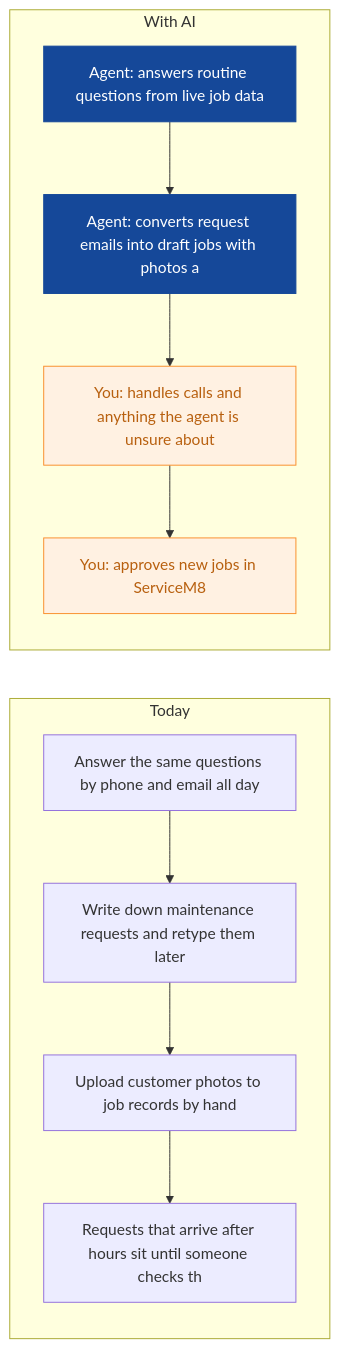
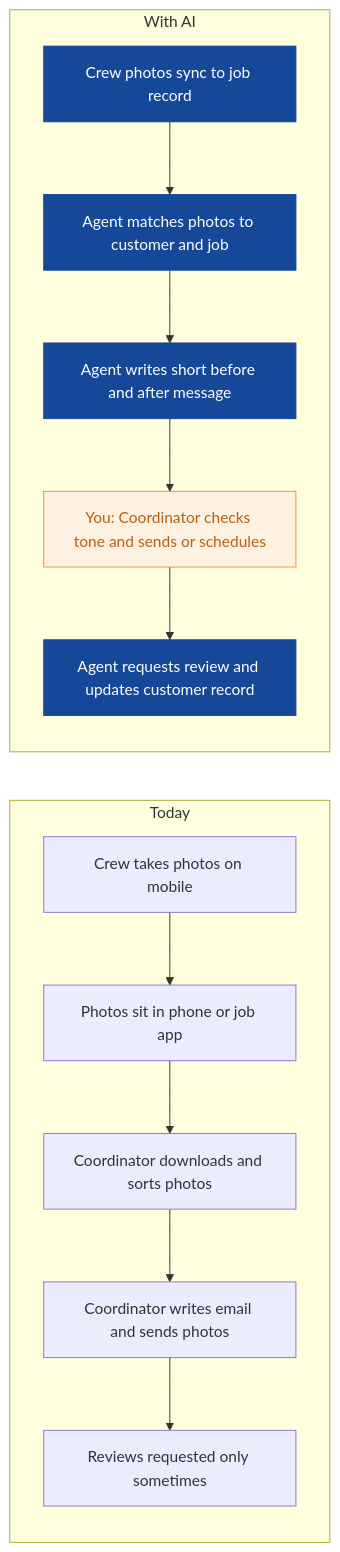
Before and after one commit to nexibeo/Complete-AI-Strategy: the third of 8 diagrams in strategies/verdant-roots-landscaping.md, drawn with Mermaid. The commit also changed other lines of this file and 26 other files, not shown here.

````diff
--- a/strategies/verdant-roots-landscaping.md
+++ b/strategies/verdant-roots-landscaping.md
@@ -106,21 +111,23 @@
 ```mermaid
 flowchart LR
   subgraph Today
-    B0["Answer the same questions by phone and email all day"]
-    B1["Write down maintenance requests and retype them later"]
-    B2["Upload customer photos to job records by hand"]
-    B3["Requests that arrive after hours sit until someone checks th"]
-    B0 --> B1 --> B2 --> B3
+    B0["Crew takes photos on mobile"]
+    B1["Photos sit in phone or job app"]
+    B2["Coordinator downloads and sorts photos"]
+    B3["Coordinator writes email and sends photos"]
+    B4["Reviews requested only sometimes"]
+    B0 --> B1 --> B2 --> B3 --> B4
   end
   subgraph WithAI[With AI]
-    A0["Agent: answers routine questions from live job data"]
-    A1["Agent: converts request emails into draft jobs with photos a"]
-    A2["You: handles calls and anything the agent is unsure about"]
-    A3["You: approves new jobs in ServiceM8"]
-    A0 --> A1 --> A2 --> A3
+    A0["Crew photos sync to job record"]
+    A1["Agent matches photos to customer and job"]
+    A2["Agent writes short before and after message"]
+    A3["You: Coordinator checks tone and sends or schedules"]
+    A4["Agent requests review and updates customer record"]
+    A0 --> A1 --> A2 --> A3 --> A4
   end
   classDef ai fill:#154899,color:#fff,stroke:#154899
   classDef human fill:#FFF1E2,color:#B8600F,stroke:#F98F2C
-  class A0,A1 ai
-  class A2,A3 human
+  class A0,A1,A2,A4 ai
+  class A3 human
 ```
````
